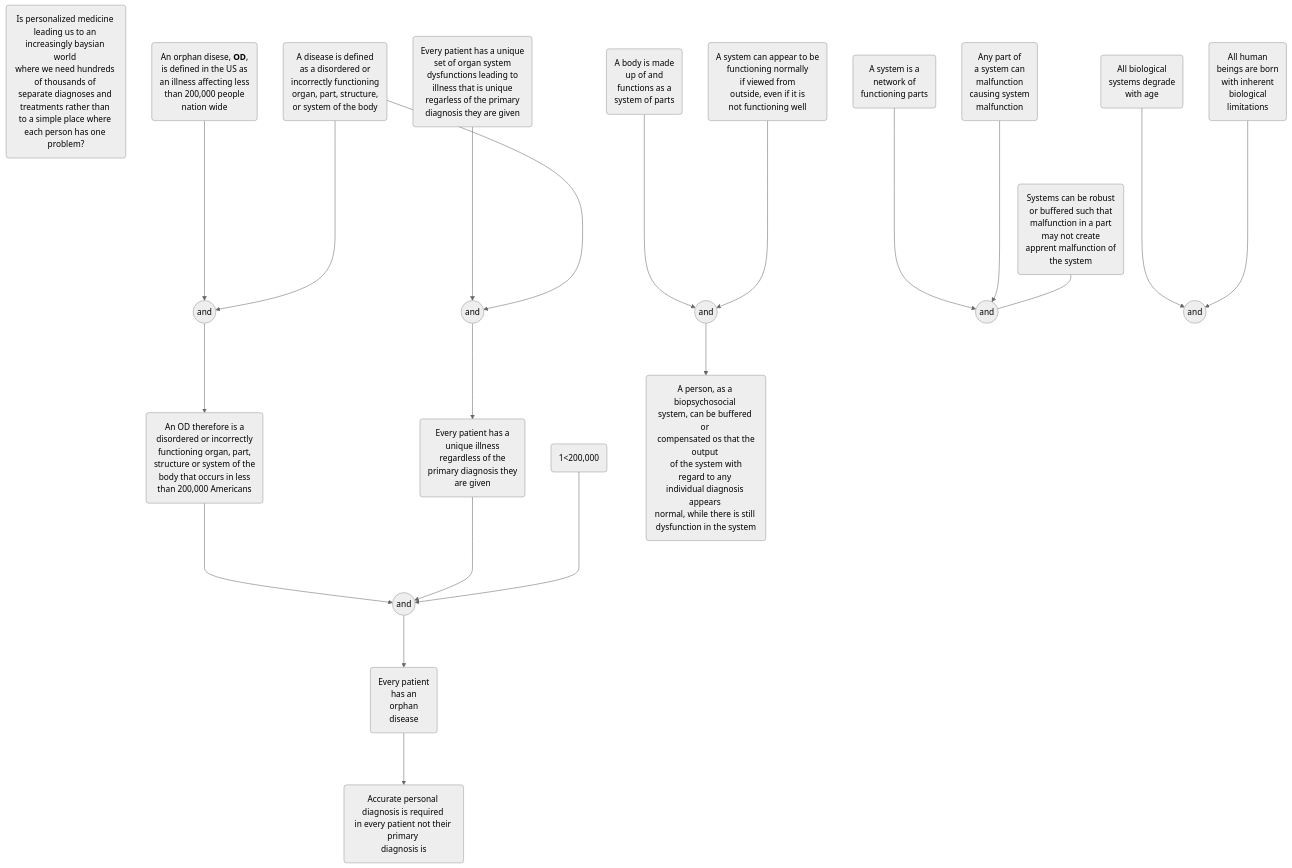
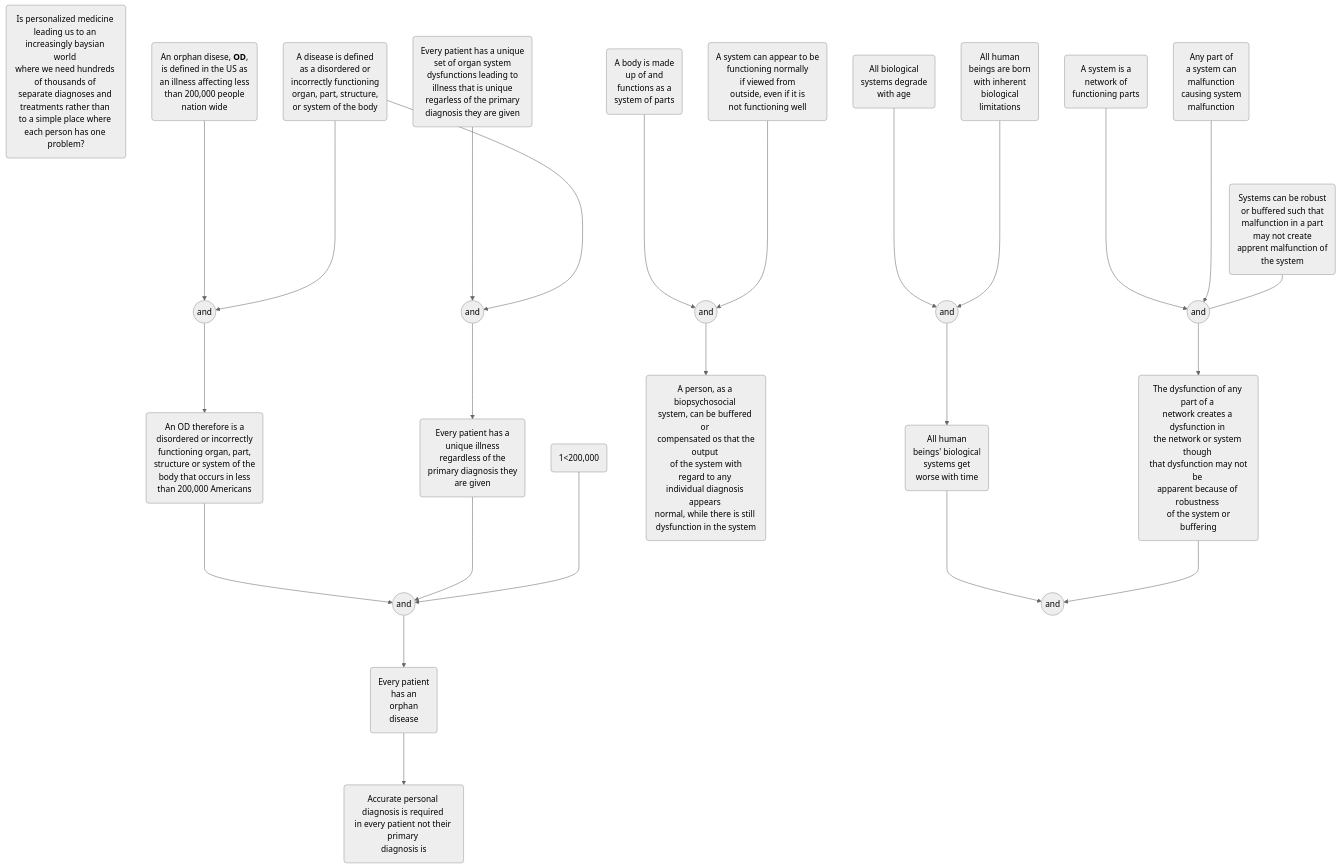
The diagram in Orphan_Diseases.md (hwetsman/TOC_Trees), drawn with Mermaid (neutral theme) before and after one commit.

Commit message:
Code: combine bases of leg 3

````diff
--- a/Orphan_Diseases.md
+++ b/Orphan_Diseases.md
@@ -3,52 +3,60 @@
 ```mermaid
 flowchart TD
 proposition(Is personalized medicine <br>leading us to an <br>increasingly baysian world <br>where we need hundreds <br>of thousands of <br>separate diagnoses and <br>treatments rather than <br>to a simple place where <br>each person has one problem?)
 
 orphan(An orphan disese, <b>OD</b>, <br>is defined in the US as <br>an illness affecting less <br>than 200,000 people <br> nation wide)
 disease(A disease is defined <br>as a disordered or <br>incorrectly functioning <br>organ, part, structure, <br>or system of the body)
 and1((and))
     orphan--->and1
     disease--->and1
 every_pt(Every patient has a unique <br>set of organ system <br>dysfunctions leading to <br>illness that is unique <br>regarless of the primary <br>diagnosis they are given)
 and2((and))
     every_pt--->and2
     disease--->and2
 OD_def(An OD therefore is a <br>disordered or incorrectly <br> functioning organ, part, <br>structure or system of the <br>body that occurs in less <br>than 200,000 Americans)
     and1--->OD_def
 every_pt2(Every patient has a <br>unique illness <br>regardless of the <br> primary diagnosis they <br>are given)
     and2--->every_pt2
 logic(1<200,000)
 and3((and))
     OD_def--->and3
     every_pt2--->and3
     logic--->and3
 every_pt3(Every patient <br>has an <br>orphan <br>disease)
     and3--->every_pt3
 accurate(Accurate personal <br>diagnosis is required <br>in every patient not <brmatter how common <br>their primary <br>diagnosis is)
     every_pt3--->accurate
 
 body(A body is made <br>up of and <br>functions as a <br>system of parts)
 systems(A system can appear to be <br>functioning normally <br>if viewed from <br> outside, even if it is <br>not functioning well)
 and4((and))
     body--->and4
     systems--->and4
 persons(A person, as a biopsychosocial <br>system, can be buffered or <br> compensated os that the output <br> of the system with regard to any <br>individual diagnosis appears <br>normal, while there is still <br>dysfunction in the system)
     and4--->persons
 
 system(A system is a <br>network of <br>functioning parts)
 any_system(Any part of <br>a system can <br>malfunction <br> causing system <br>malfunction)
 buffered(Systems can be robust <br>or buffered such that <br>malfunction in a part <br>may not create <br>apprent malfunction of <br>the system)
 and5((and))
     system--->and5
     any_system--->and5
     buffered---and5
+        dysfunction(The dysfunction of any part of a <br>network creates a dysfunction in <br>the network or system though <br> that dysfunction may not be <br>apparent because of robustness <br> of the system or buffering)
+        and5--->dysfunction
+
 age(All biological <br>systems degrade <br>with age)
 limits(All human <br>beings are born <br>with inherent <br>biological <br>limitations)
 and6((and))
     age--->and6
     limits--->and6
+time(All human <br>beings' biological <br>systems get <br>worse with time)
+    and6--->time
+        and7((and))
+        time--->and7
+        dysfunction--->and7
 
     
 
 
 ```
````
